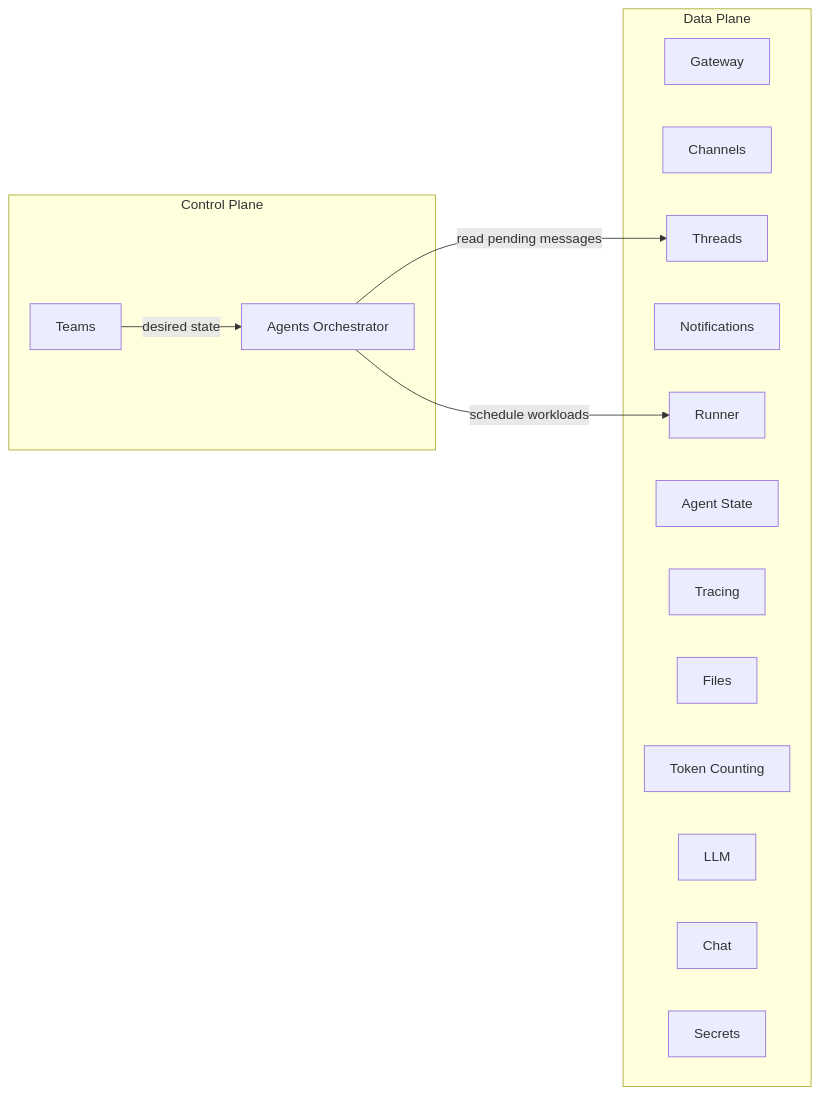
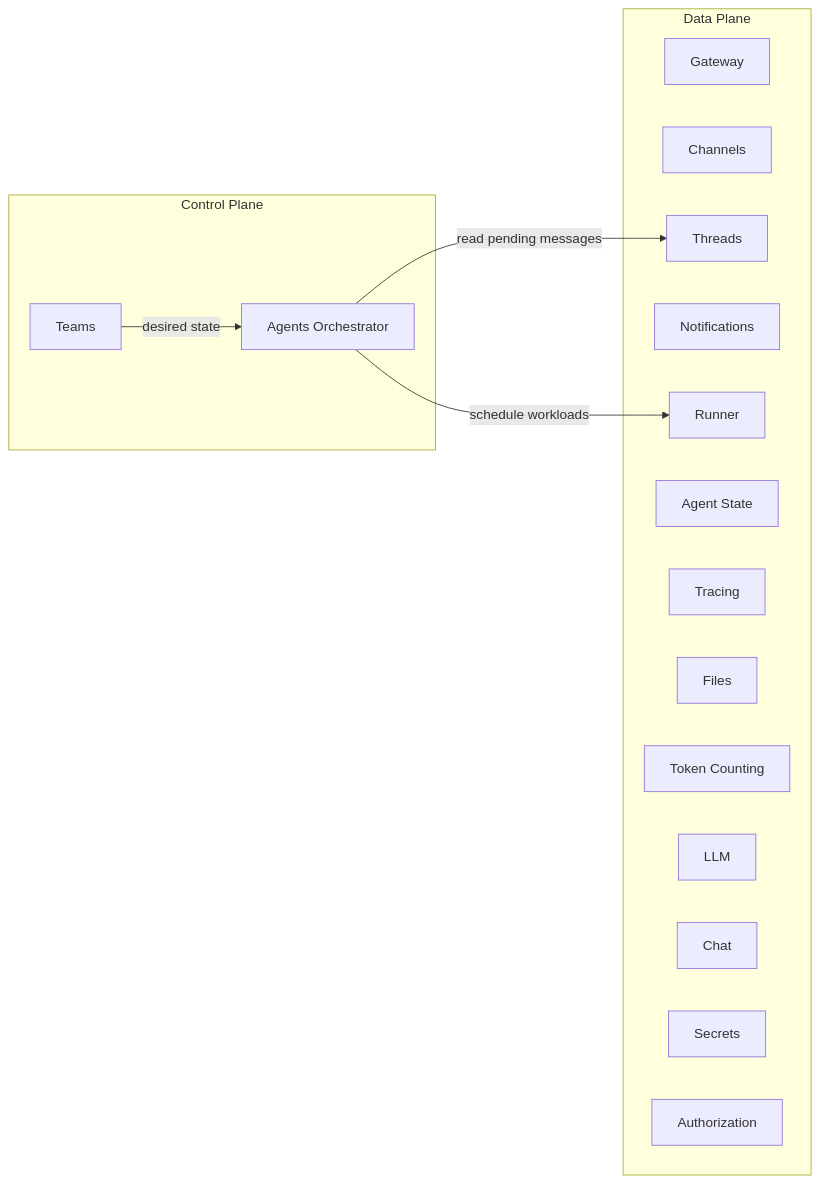
Before and after one commit to agynio/architecture: the first of 2 diagrams in architecture/control-data-plane.md, drawn with Mermaid. The commit also changed other lines of this file and 5 other files, not shown here.

First line of the commit message:
Add authorization architecture (OpenFGA + Authorization service)

````diff
--- a/architecture/control-data-plane.md
+++ b/architecture/control-data-plane.md
@@ -21,26 +21,27 @@
 ```mermaid
 graph LR
     subgraph Control Plane
         Teams
         AgentsOrch[Agents Orchestrator]
     end
 
     subgraph Data Plane
         Gateway
         Channels
         Threads
         Notifications
         Runner
         AgentState[Agent State]
         Tracing
         Files
         TokenCounting[Token Counting]
         LLM
         Chat
         Secrets
+        Authorization
     end
 
     Teams -->|desired state| AgentsOrch
     AgentsOrch -->|schedule workloads| Runner
     AgentsOrch -->|read pending messages| Threads
 ```
````
